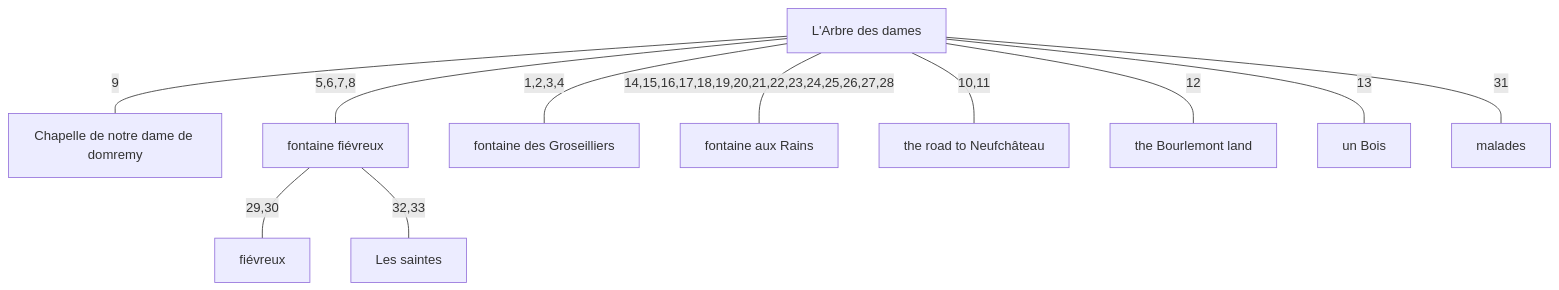
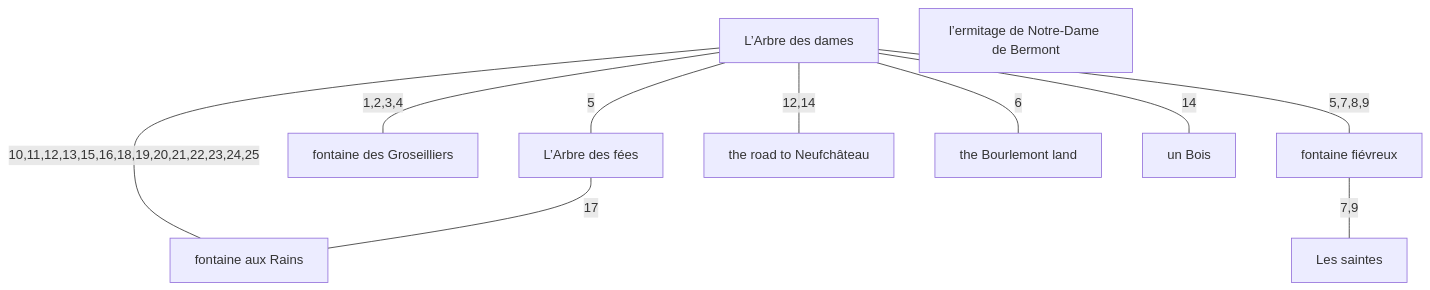
One commit to kitty-catt/the-location-of-the-arbre-des-dames-and-the-spring-of-joan-of-arc changed the diagram in breakout/combined.md. Above: the diagram before and after it, drawn with Mermaid. The commit also changed other lines of this file and 2 other files, not shown here.

````diff
--- a/breakout/combined.md
+++ b/breakout/combined.md
@@ -38,25 +60,23 @@
 ```mermaid
 graph TD
-    N1["L'Arbre des dames"]
-    N2["Chapelle de notre dame de domremy"]
-    N3["fontaine fiévreux"]
-    N4["fontaine des Groseilliers"]
+    N1["L’Arbre des dames"]
+    N2["L’Arbre des fées"]
+    N3["fontaine des Groseilliers"]
+    N4["fontaine fiévreux"]
     N5["fontaine aux Rains"]
     N6["the road to Neufchâteau"]
     N7["the Bourlemont land"]
     N8["un Bois"]
-    N9["fiévreux"]
-    N10["malades"]
-    N11["Les saintes"]
+    N9["Les saintes"]
+    N10["l’ermitage de Notre-Dame de Bermont"]
 
-    N1 -- "1,2,3,4" --- N4
-    N1 -- "5,6,7,8" --- N3
-    N1 -- "9" --- N2
-    N1 -- "10,11" --- N6
-    N1 -- "12" --- N7
-    N1 -- "13" --- N8
-    N1 -- "14,15,16,17,18,19,20,21,22,23,24,25,26,27,28" --- N5
-    N3 -- "29,30" --- N9
-    N1 -- "31" --- N10
-    N3 -- "32,33" --- N11
+    N1 -- "5" --- N2
+    N1 -- "1,2,3,4" --- N3
+    N1 -- "5,7,8,9" --- N4
+    N1 -- "6" --- N7
+    N4 -- "7,9" --- N9
+    N1 -- "10,11,12,13,15,16,18,19,20,21,22,23,24,25" --- N5
+    N2 -- "17" --- N5
+    N1 -- "12,14" --- N6
+    N1 -- "14" --- N8
 ```
````
